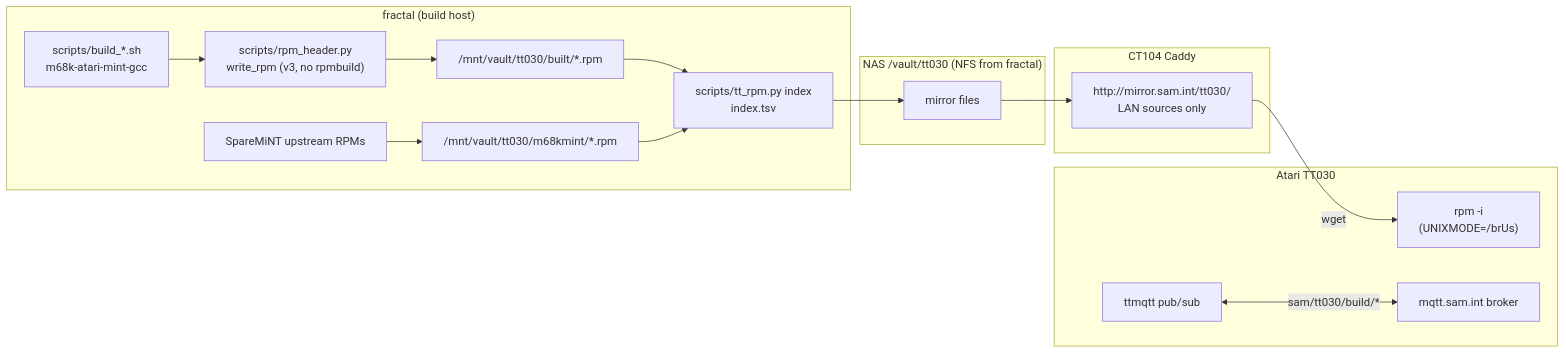
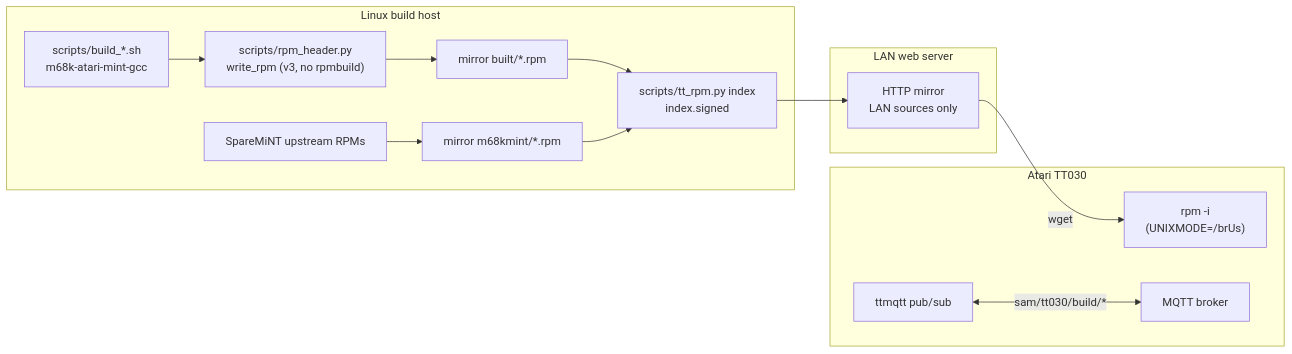
Before and after one commit to rchennau/sam-atari-tt030: the first of 2 diagrams in README.md, drawn with Mermaid. The commit also changed other lines of this file and 2 other files, not shown here.

````diff
--- a/README.md
+++ b/README.md
@@ -74,20 +96,17 @@
 ```mermaid
 flowchart LR
-    subgraph fractal ["fractal (build host)"]
+    subgraph build ["Linux build host"]
         A["scripts/build_*.sh<br/>m68k-atari-mint-gcc"] --> B["scripts/rpm_header.py<br/>write_rpm (v3, no rpmbuild)"]
-        B --> C["/mnt/vault/tt030/built/*.rpm"]
-        U["SpareMiNT upstream RPMs"] --> M["/mnt/vault/tt030/m68kmint/*.rpm"]
-        C --> I["scripts/tt_rpm.py index<br/>index.tsv"]
+        B --> C["mirror built/*.rpm"]
+        U["SpareMiNT upstream RPMs"] --> M["mirror m68kmint/*.rpm"]
+        C --> I["scripts/tt_rpm.py index<br/>index.signed"]
         M --> I
     end
-    subgraph nas ["NAS /vault/tt030 (NFS from fractal)"]
-        I --> S["mirror files"]
-    end
-    subgraph ct104 ["CT104 Caddy"]
-        S --> H["http://mirror.sam.int/tt030/<br/>LAN sources only"]
+    subgraph web ["LAN web server"]
+        I --> H["HTTP mirror<br/>LAN sources only"]
     end
     subgraph tt ["Atari TT030"]
         H -->|wget| R["rpm -i<br/>(UNIXMODE=/brUs)"]
-        Q["ttmqtt pub/sub"] <-->|"sam/tt030/build/*"| BR["mqtt.sam.int broker"]
+        Q["ttmqtt pub/sub"] <-->|"sam/tt030/build/*"| BR["MQTT broker"]
     end
 ```
````
